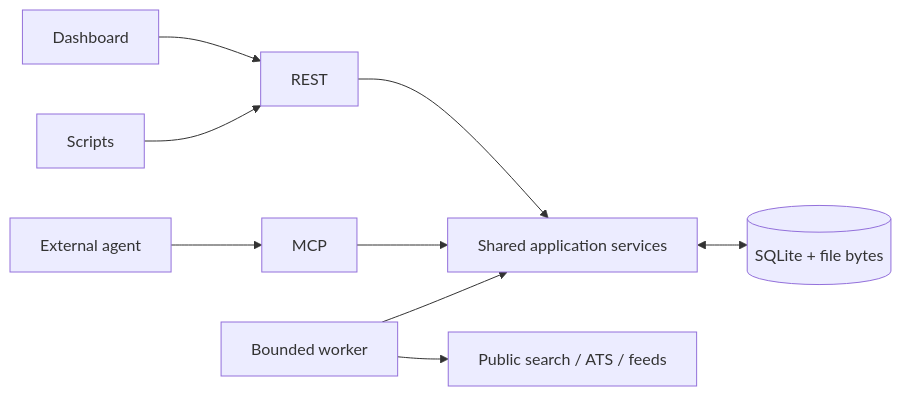
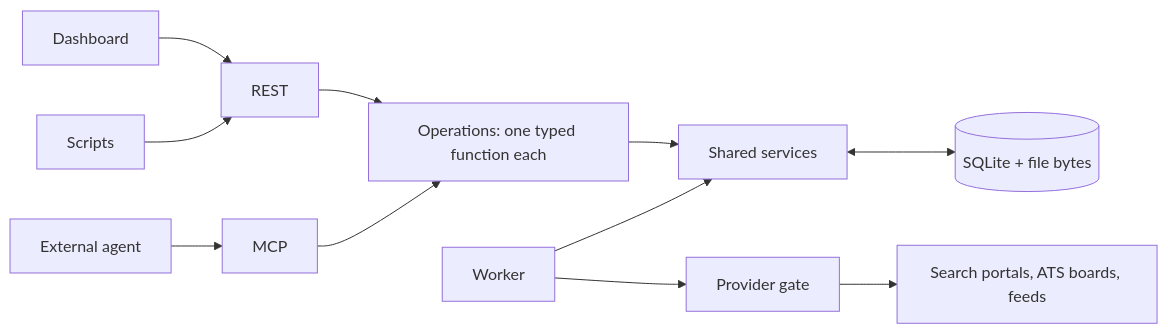
The first of 2 diagrams in docs/developer/architecture.md (VincenzoImp/openings), drawn with Mermaid before and after one commit. The commit also changed other lines of this file and 19 other files, not shown here.

````diff
--- a/docs/developer/architecture.md
+++ b/docs/developer/architecture.md
@@ -6,11 +9,12 @@
 ```mermaid
 flowchart LR
   Human[Dashboard] --> REST
   Scripts --> REST
   Agent[External agent] --> MCP
-  REST --> Services[Shared application services]
-  MCP --> Services
+  REST --> Ops[Operations: one typed function each]
+  MCP --> Ops
+  Ops --> Services[Shared services]
   Services <--> DB[(SQLite + file bytes)]
-  Worker[Bounded worker] --> Services
-  Worker --> Sources[Public search / ATS / feeds]
+  Worker[Worker] --> Services
+  Worker --> Gate[Provider gate] --> Sources[Search portals, ATS boards, feeds]
 ```
````
